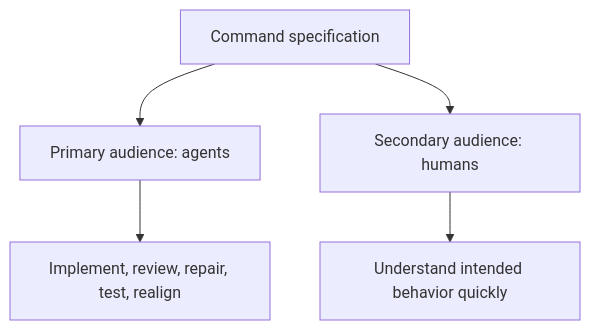
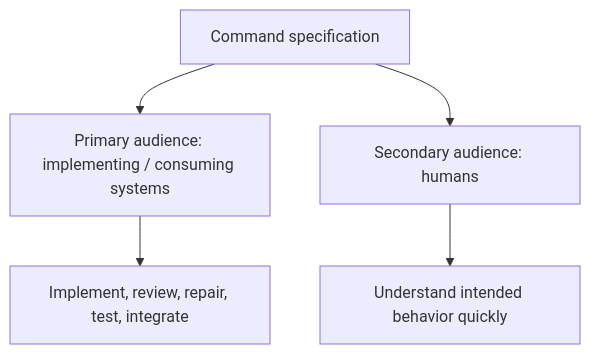
Before and after one commit to starodubtsevconsulting/ai-commands: the third of 4 diagrams in commands/command.spec.md, drawn with Mermaid. The commit also changed other lines of this file, not shown here.

Commit message:
Make command specifications agent-agnostic

````diff
--- a/commands/command.spec.md
+++ b/commands/command.spec.md
@@ -28,7 +60,7 @@
 ```mermaid
 flowchart TD
-  Spec["Command specification"] --> Agent["Primary audience: agents"]
+  Spec["Command specification"] --> Agent["Primary audience: implementing / consuming systems"]
   Spec --> Human["Secondary audience: humans"]
-  Agent --> Detail["Implement, review, repair, test, realign"]
+  Agent --> Detail["Implement, review, repair, test, integrate"]
   Human --> Overview["Understand intended behavior quickly"]
 ```
````
